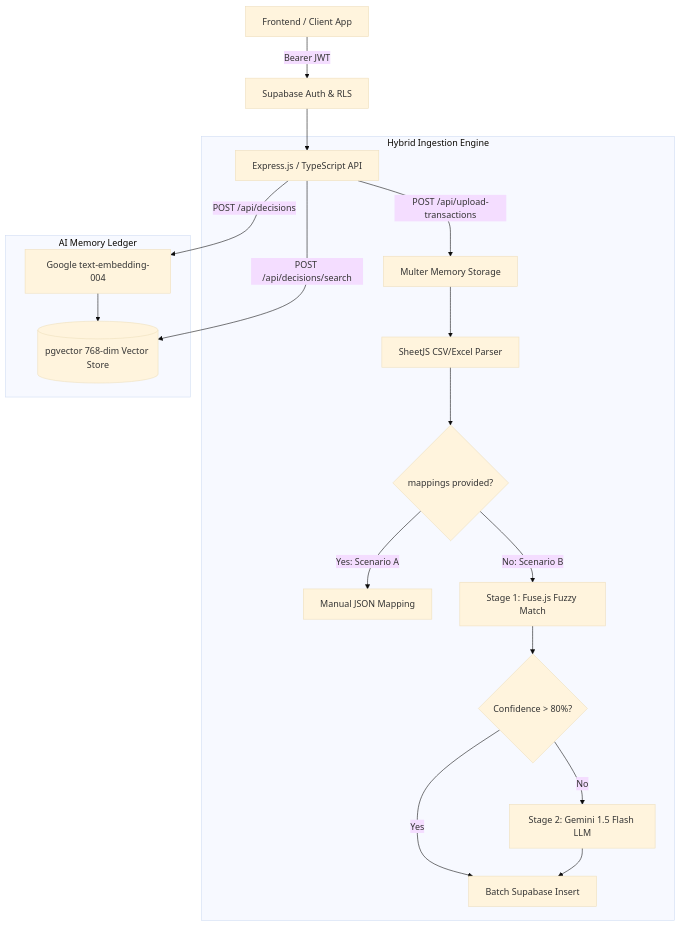
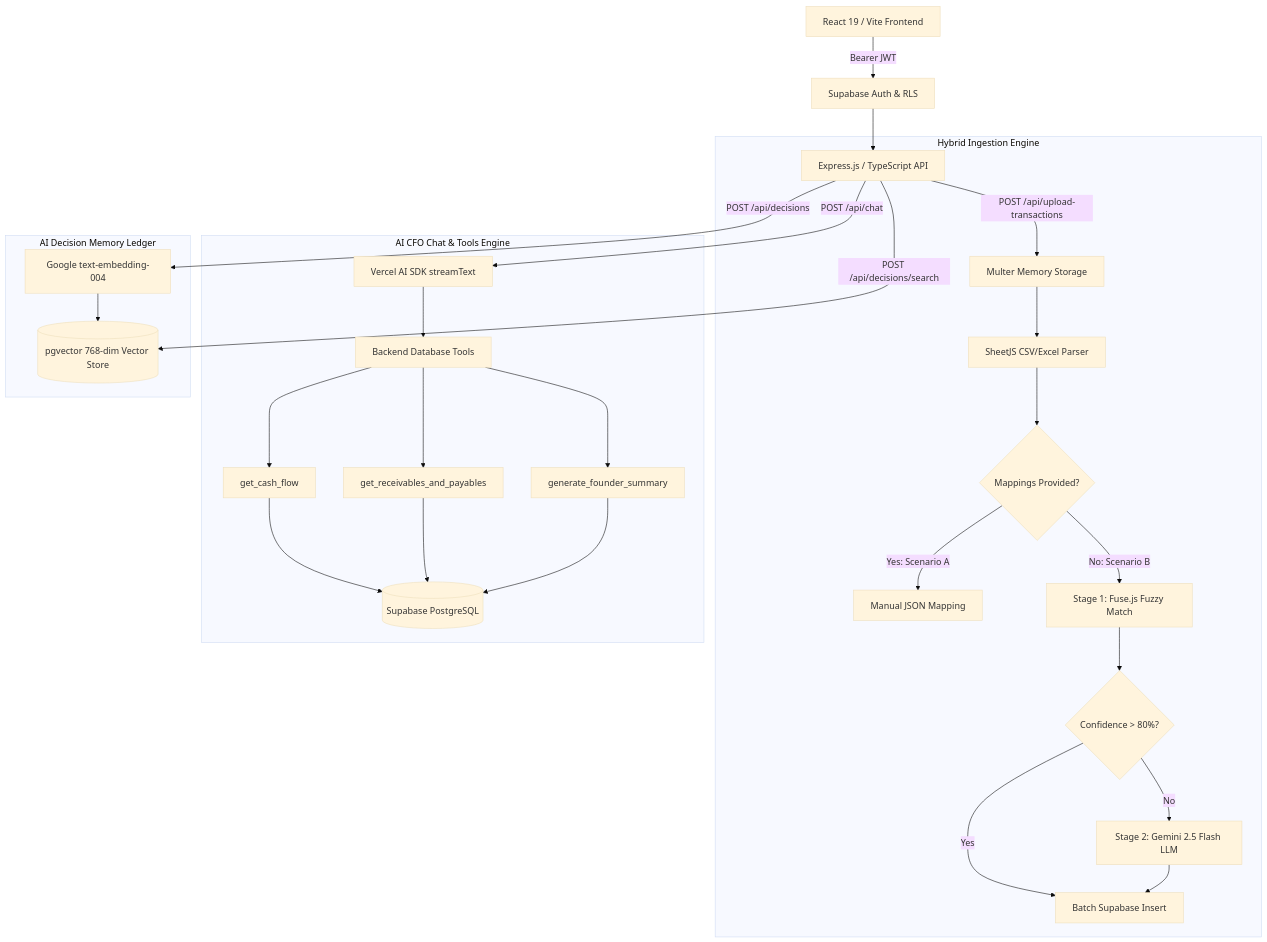
Before and after one commit to DineshAK-coder/AARYA: the diagram in BACKEND/aarya-backend/README.md, drawn with Mermaid (base theme). The commit also changed other lines of this file and 1 other file, not shown here.

Commit message:
docs: update README with comprehensive project specification, full-stack architecture, and roadmap from product vision document

````diff
--- a/BACKEND/aarya-backend/README.md
+++ b/BACKEND/aarya-backend/README.md
@@ -41,23 +98,32 @@
 ```mermaid
 graph TD
-    Client[Frontend / Client App] -->|Bearer JWT| Auth[Supabase Auth & RLS]
+    Client[React 19 / Vite Frontend] -->|Bearer JWT| Auth[Supabase Auth & RLS]
     Auth --> API[Express.js / TypeScript API]
     
     subgraph "Hybrid Ingestion Engine"
         API -->|POST /api/upload-transactions| Upload[Multer Memory Storage]
         Upload --> Parse[SheetJS CSV/Excel Parser]
-        Parse --> Check{mappings provided?}
+        Parse --> Check{Mappings Provided?}
         Check -->|Yes: Scenario A| Manual[Manual JSON Mapping]
         Check -->|No: Scenario B| Stage1[Stage 1: Fuse.js Fuzzy Match]
         Stage1 --> Conf{Confidence > 80%?}
         Conf -->|Yes| Insert[Batch Supabase Insert]
-        Conf -->|No| Stage2[Stage 2: Gemini 1.5 Flash LLM]
+        Conf -->|No| Stage2[Stage 2: Gemini 2.5 Flash LLM]
         Stage2 --> Insert
     end
     
-    subgraph "AI Memory Ledger"
+    subgraph "AI CFO Chat & Tools Engine"
+        API -->|POST /api/chat| Chat[Vercel AI SDK streamText]
+        Chat --> Tools[Backend Database Tools]
+        Tools --> Tool1[get_cash_flow]
+        Tools --> Tool2[get_receivables_and_payables]
+        Tools --> Tool3[generate_founder_summary]
+        Tool1 & Tool2 & Tool3 --> DB[(Supabase PostgreSQL)]
+    end
+    
+    subgraph "AI Decision Memory Ledger"
         API -->|POST /api/decisions| Embed[Google text-embedding-004]
         Embed --> VectorDB[(pgvector 768-dim Vector Store)]
         API -->|POST /api/decisions/search| VectorDB
     end
 ```
````
